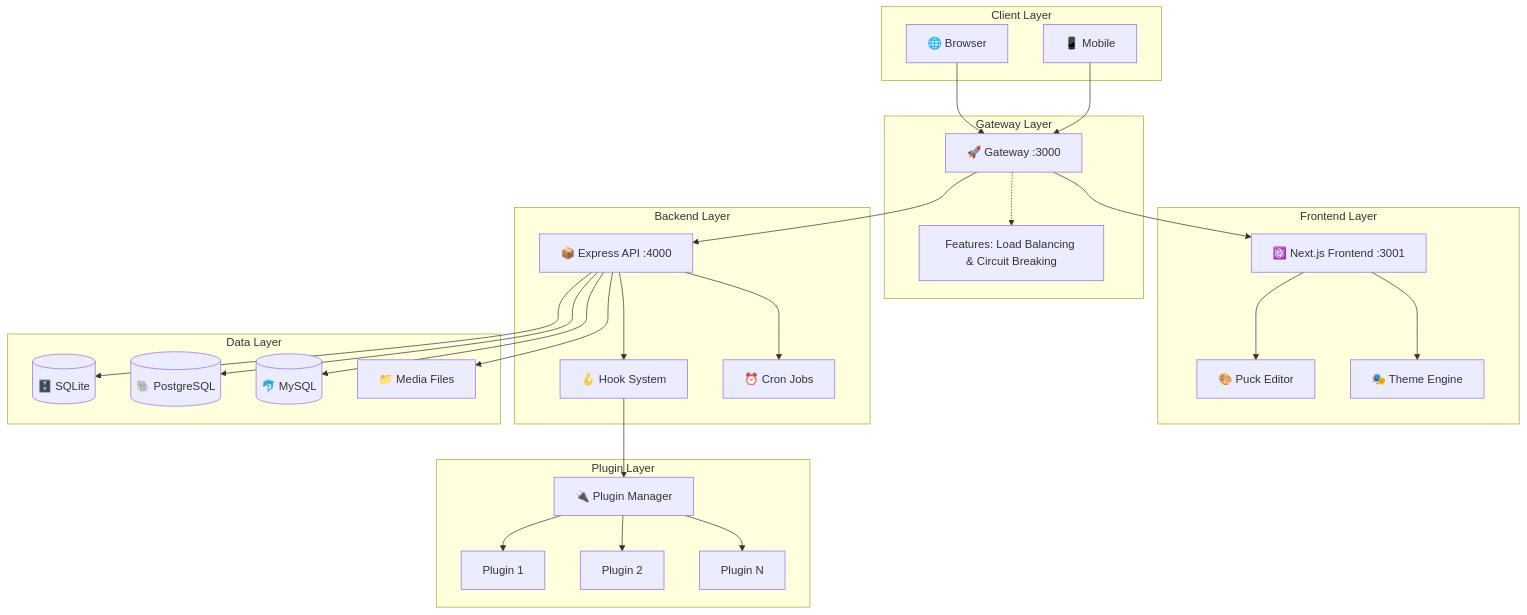
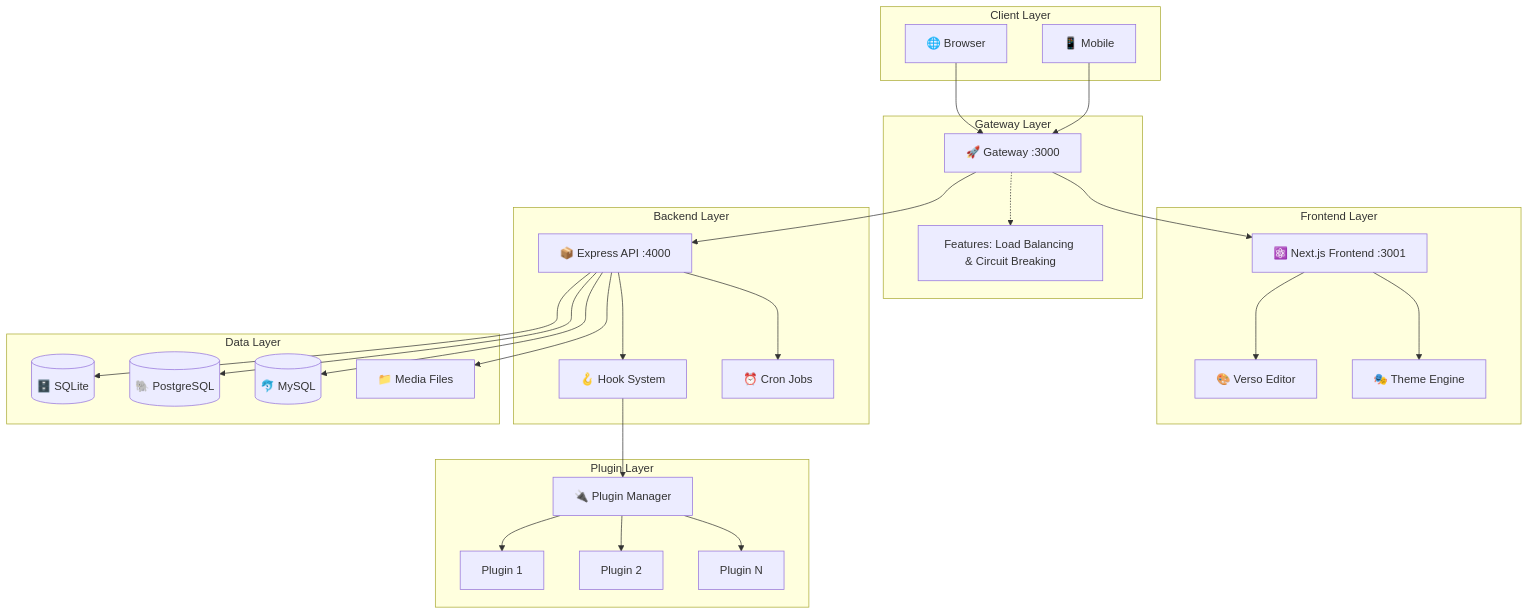
One commit to jaimemartinez/wordjs changed the first of 11 diagrams in documentation/architecture.md. Above: the diagram before and after it, drawn with Mermaid. The commit also changed other lines of this file and 271 other files, not shown here.

````diff
--- a/documentation/architecture.md
+++ b/documentation/architecture.md
@@ -9,56 +9,56 @@
 ```mermaid
 graph TB
     subgraph "Client Layer"
         Browser[🌐 Browser]
         Mobile[📱 Mobile]
     end
 
     subgraph "Gateway Layer"
         Gateway[🚀 Gateway :3000]
         note[Features: Load Balancing & Circuit Breaking]
         Gateway -.-> note
     end
 
     subgraph "Frontend Layer"
         NextJS[⚛️ Next.js Frontend :3001]
-        Puck[🎨 Puck Editor]
+        Verso[🎨 Verso Editor]
         Themes[🎭 Theme Engine]
     end
 
     subgraph "Backend Layer"
         Express[📦 Express API :4000]
         Hooks[🪝 Hook System]
         Cron[⏰ Cron Jobs]
     end
 
     subgraph "Plugin Layer"
         PluginCore[🔌 Plugin Manager]
         Plugin1[Plugin 1]
         Plugin2[Plugin 2]
         PluginN[Plugin N]
     end
 
     subgraph "Data Layer"
         SQLite[(🗄️ SQLite)]
         PostgreSQL[(🐘 PostgreSQL)]
         MySQL[(🐬 MySQL)]
         MediaFS[📁 Media Files]
     end
 
     Browser --> Gateway
     Mobile --> Gateway
     Gateway --> NextJS
     Gateway --> Express
-    NextJS --> Puck
+    NextJS --> Verso
     NextJS --> Themes
     Express --> Hooks
     Express --> Cron
     Hooks --> PluginCore
     PluginCore --> Plugin1
     PluginCore --> Plugin2
     PluginCore --> PluginN
     Express --> SQLite
     Express --> PostgreSQL
     Express --> MySQL
     Express --> MediaFS
 ```
````
